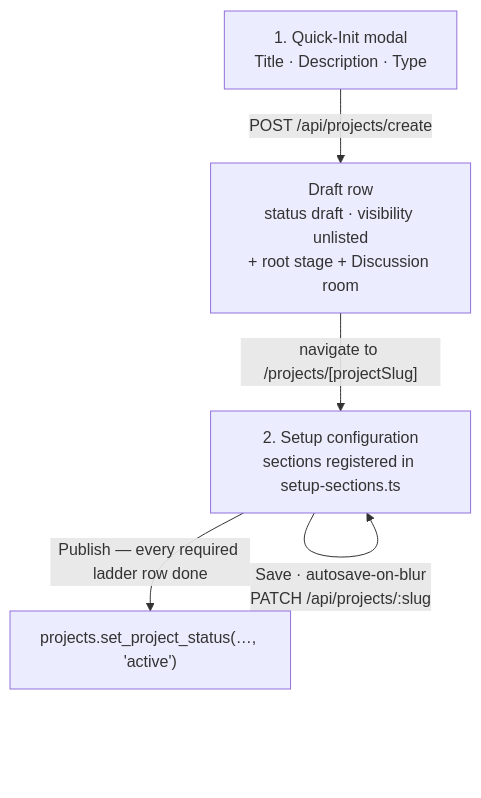
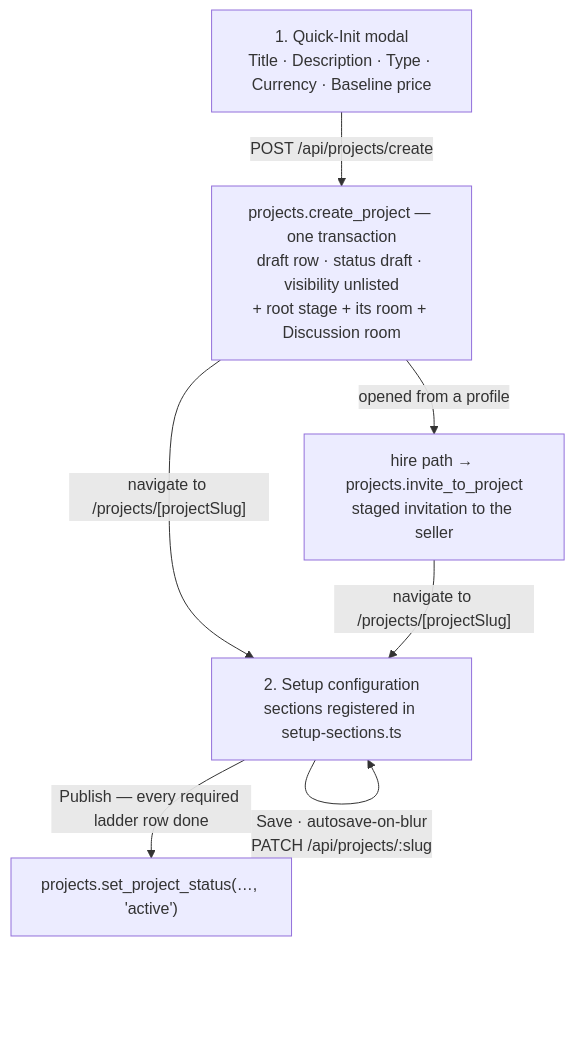
The diagram in documentation/flows/Projects.md (Kotsiee/Projective.com), drawn with Mermaid before and after one commit. The commit also changed other lines of this file and 336 other files, not shown here.

````diff
--- a/documentation/flows/Projects.md
+++ b/documentation/flows/Projects.md
@@ -30,7 +30,9 @@
 ```mermaid
 flowchart TD
-    A["1. Quick-Init modal<br/>Title · Description · Type"] -->|"POST /api/projects/create"| B["Draft row<br/>status draft · visibility unlisted<br/>+ root stage + Discussion room"]
-    B -->|"navigate to /projects/[projectSlug]"| C["2. Setup configuration<br/>sections registered in setup-sections.ts"]
+    A["1. Quick-Init modal<br/>Title · Description · Type · Currency · Baseline price"] -->|"POST /api/projects/create"| B["projects.create_project — one transaction<br/>draft row · status draft · visibility unlisted<br/>+ root stage + its room + Discussion room"]
+    B -->|"opened from a profile"| I["hire path → projects.invite_to_project<br/>staged invitation to the seller"]
+    B -->|"navigate to /projects/[projectSlug]"| C
+    I -->|"navigate to /projects/[projectSlug]"| C["2. Setup configuration<br/>sections registered in setup-sections.ts"]
     C -->|"Save · autosave-on-blur<br/>PATCH /api/projects/:slug"| C
     C -->|"Publish — every required ladder row done"| D["projects.set_project_status(…, 'active')"]
 ```
````
